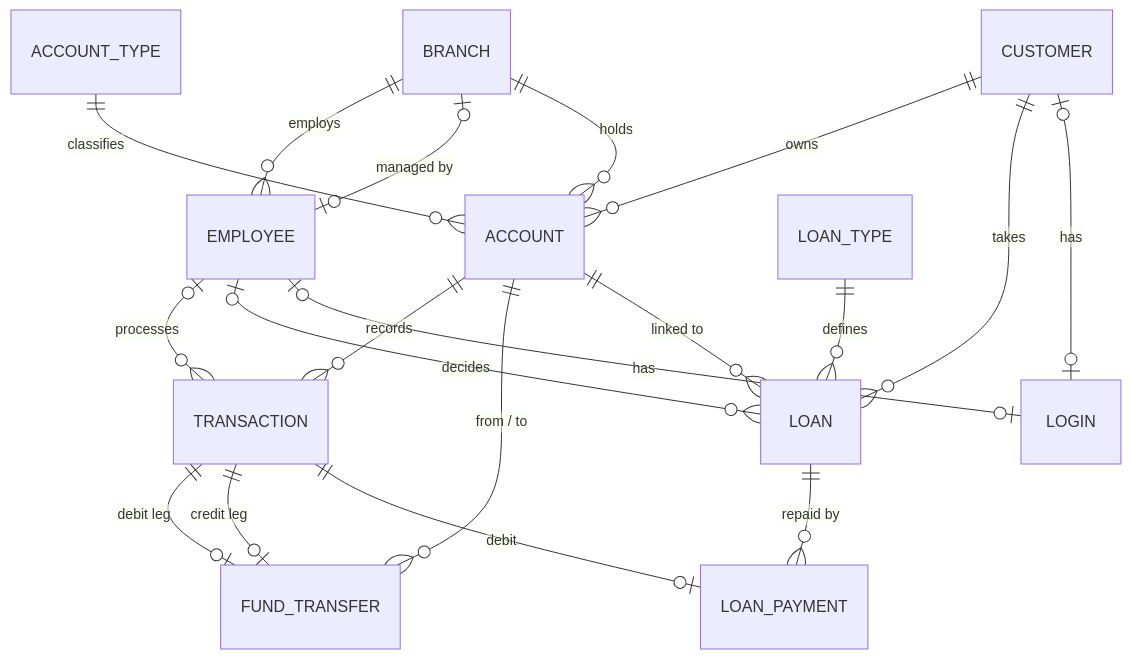
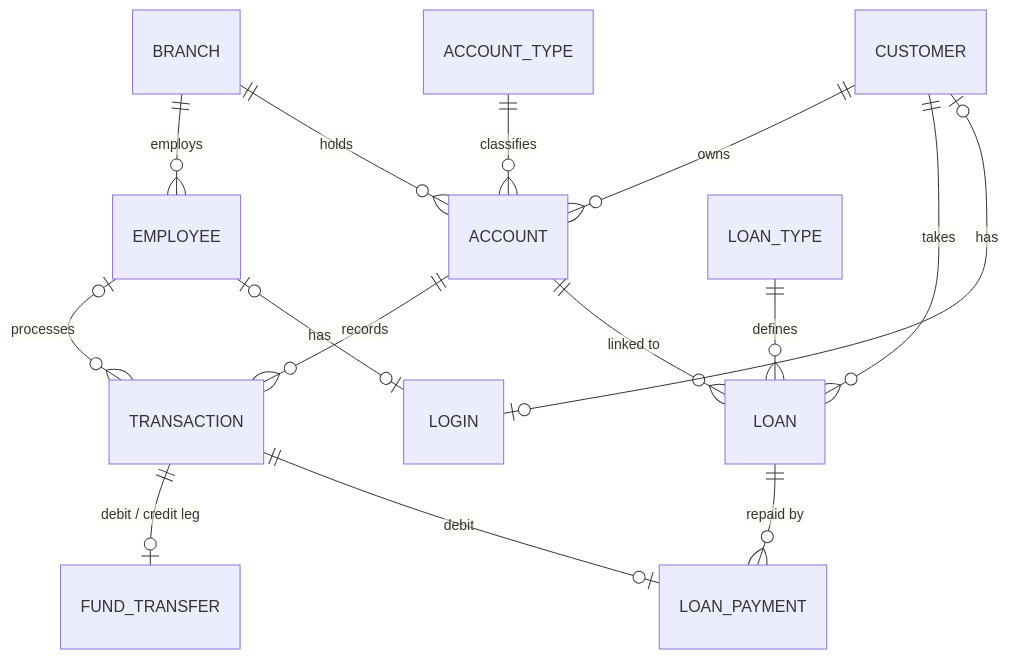
Before and after one commit to Moyukh-Mondal/Banking-Transaction-Account-Management-System: the diagram in README.md, drawn with Mermaid. The commit also changed other lines of this file, not shown here.

````diff
--- a/README.md
+++ b/README.md
@@ -125,21 +43,17 @@
 ```mermaid
 erDiagram
     BRANCH ||--o{ EMPLOYEE : "employs"
-    BRANCH |o--o| EMPLOYEE : "managed by"
     BRANCH ||--o{ ACCOUNT : "holds"
     CUSTOMER ||--o{ ACCOUNT : "owns"
     ACCOUNT_TYPE ||--o{ ACCOUNT : "classifies"
     ACCOUNT ||--o{ TRANSACTION : "records"
     EMPLOYEE |o--o{ TRANSACTION : "processes"
-    TRANSACTION ||--o| FUND_TRANSFER : "debit leg"
-    TRANSACTION ||--o| FUND_TRANSFER : "credit leg"
-    ACCOUNT ||--o{ FUND_TRANSFER : "from / to"
+    TRANSACTION ||--o| FUND_TRANSFER : "debit / credit leg"
     CUSTOMER ||--o{ LOAN : "takes"
     ACCOUNT ||--o{ LOAN : "linked to"
     LOAN_TYPE ||--o{ LOAN : "defines"
-    EMPLOYEE |o--o{ LOAN : "decides"
     LOAN ||--o{ LOAN_PAYMENT : "repaid by"
     TRANSACTION ||--o| LOAN_PAYMENT : "debit"
     EMPLOYEE |o--o| LOGIN : "has"
     CUSTOMER |o--o| LOGIN : "has"
 ```
````
